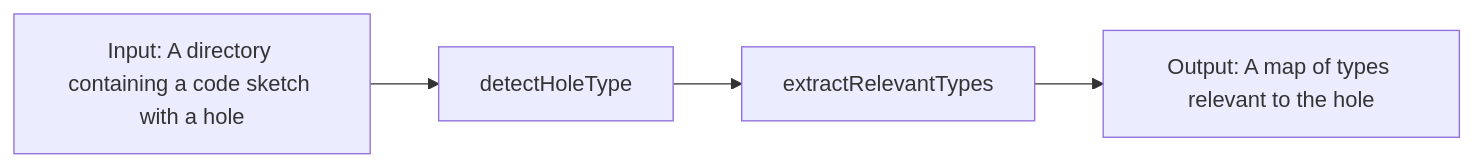
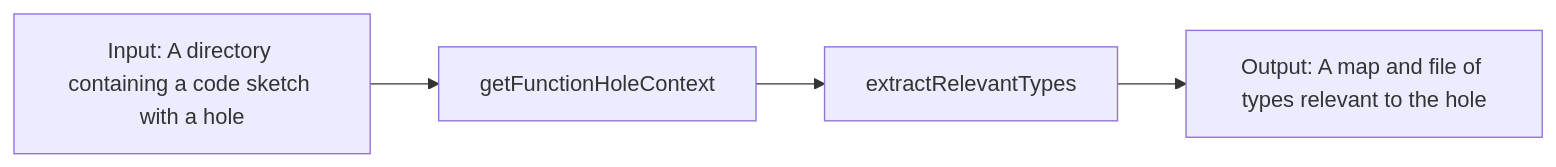
One commit to jpoly1219/testtslspclient changed the diagram in README.md. Above: the diagram before and after it, drawn with Mermaid. The commit also changed other lines of this file, not shown here.

````diff
--- a/README.md
+++ b/README.md
@@ -52,10 +52,10 @@
 ```mermaid
 flowchart LR
   n1[Input: A directory containing a code sketch with a hole]
   n1 --> n2
-  n2[detectHoleType]
+  n2[getFunctionHoleContext]
   n2 --> n3
   n3[extractRelevantTypes]
   n3 --> n4
-  n4[Output: A map of types relevant to the hole]
+  n4[Output: A map and file of types relevant to the hole]
 ```
````
